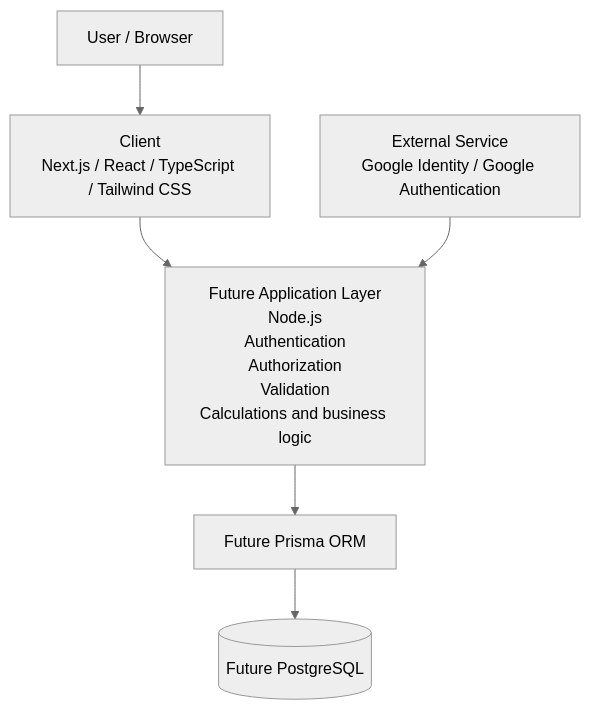
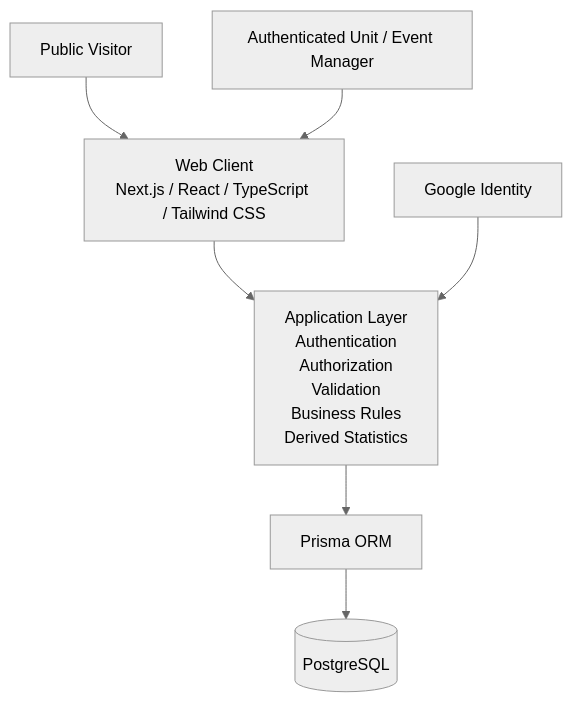
Before and after one commit to n-nu/morale.gg: the first of 3 diagrams in docs/architecture.md, drawn with Mermaid (neutral theme). The commit also changed other lines of this file and 34 other files, not shown here.

First line of the commit message:
Add Next.js application foundation and complete governance docs

````diff
--- a/docs/architecture.md
+++ b/docs/architecture.md
@@ -7,15 +34,22 @@
 ```mermaid
 flowchart TB
-    user[User / Browser]
-    client[Client\nNext.js / React / TypeScript / Tailwind CSS]
-    app[Future Application Layer\nNode.js\nAuthentication\nAuthorization\nValidation\nCalculations and business logic]
-    prisma[Future Prisma ORM]
-    postgres[(Future PostgreSQL)]
-    google[External Service\nGoogle Identity / Google Authentication]
+    visitor[Public Visitor]
+    manager[Authenticated Unit / Event Manager]
 
-    user --> client
+    client[Web Client\nNext.js / React / TypeScript / Tailwind CSS]
+
+    app[Application Layer\nAuthentication\nAuthorization\nValidation\nBusiness Rules\nDerived Statistics]
+
+    orm[Prisma ORM]
+    db[(PostgreSQL)]
+    google[Google Identity]
+
+    visitor --> client
+    manager --> client
+
     client --> app
-    app --> prisma
-    prisma --> postgres
+
     google --> app
+    app --> orm
+    orm --> db
 ```
````
